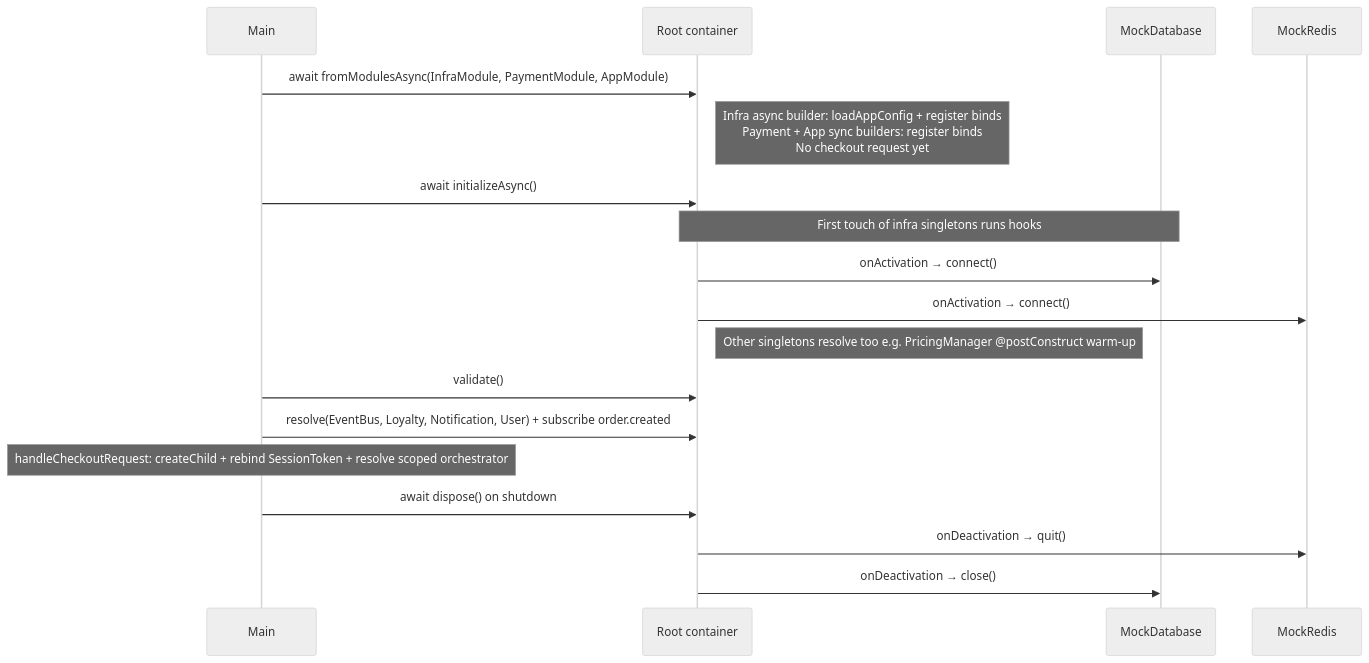
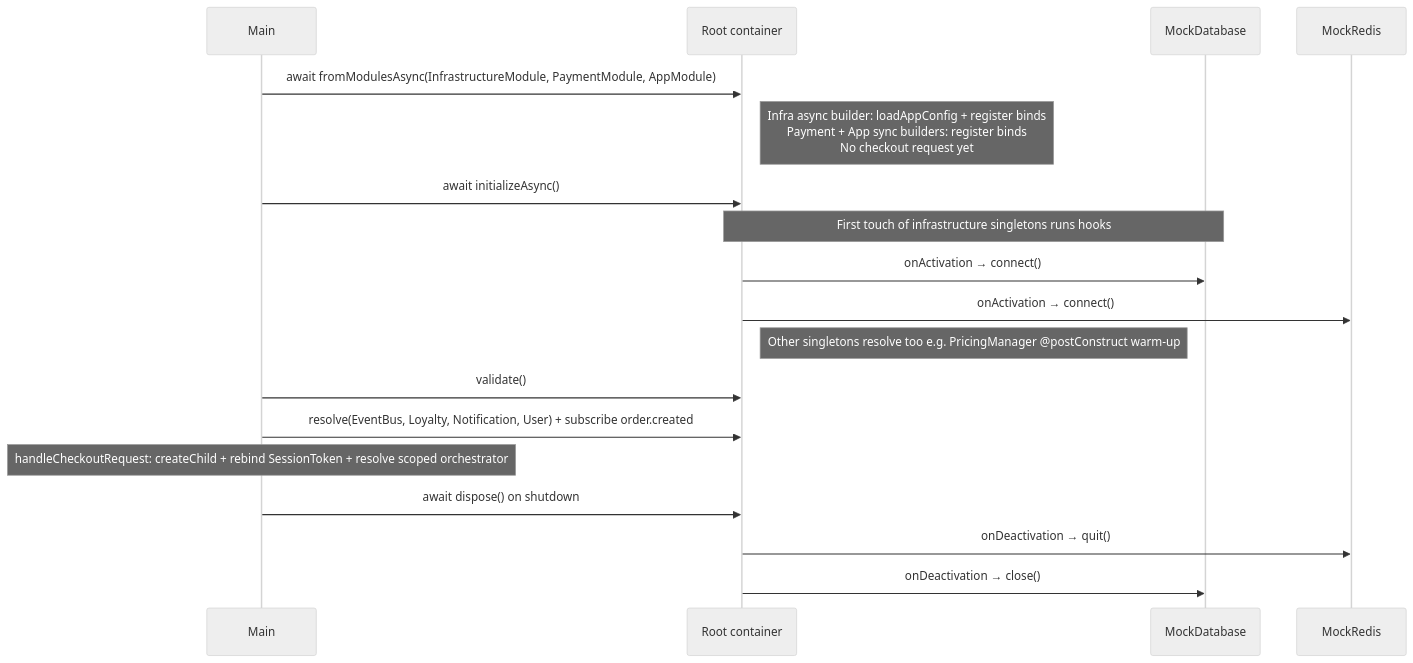
One commit to codefastlabs/codefast changed the second of 3 diagrams in packages/di/examples/13-ecommerce-platform/README.md. Above: the diagram before and after it, drawn with Mermaid (neutral theme). The commit also changed other lines of this file and 93 other files, not shown here.

````diff
--- a/packages/di/examples/13-ecommerce-platform/README.md
+++ b/packages/di/examples/13-ecommerce-platform/README.md
@@ -56,26 +56,26 @@
 ```mermaid
 sequenceDiagram
   participant Main
   participant C as Root container
   participant DB as MockDatabase
   participant R as MockRedis
 
-  Main->>C: await fromModulesAsync(InfraModule, PaymentModule, AppModule)
+  Main->>C: await fromModulesAsync(InfrastructureModule, PaymentModule, AppModule)
   Note right of C: Infra async builder: loadAppConfig + register binds<br/>Payment + App sync builders: register binds<br/>No checkout request yet
 
   Main->>C: await initializeAsync()
-  Note over C,DB: First touch of infra singletons runs hooks
+  Note over C,DB: First touch of infrastructure singletons runs hooks
   C->>DB: onActivation → connect()
   C->>R: onActivation → connect()
   Note right of C: Other singletons resolve too e.g. PricingManager @postConstruct warm-up
 
   Main->>C: validate()
 
   Main->>C: resolve(EventBus, Loyalty, Notification, User) + subscribe order.created
 
   Note over Main: handleCheckoutRequest: createChild + rebind SessionToken + resolve scoped orchestrator
 
   Main->>C: await dispose() on shutdown
   C->>R: onDeactivation → quit()
   C->>DB: onDeactivation → close()
 ```
````
